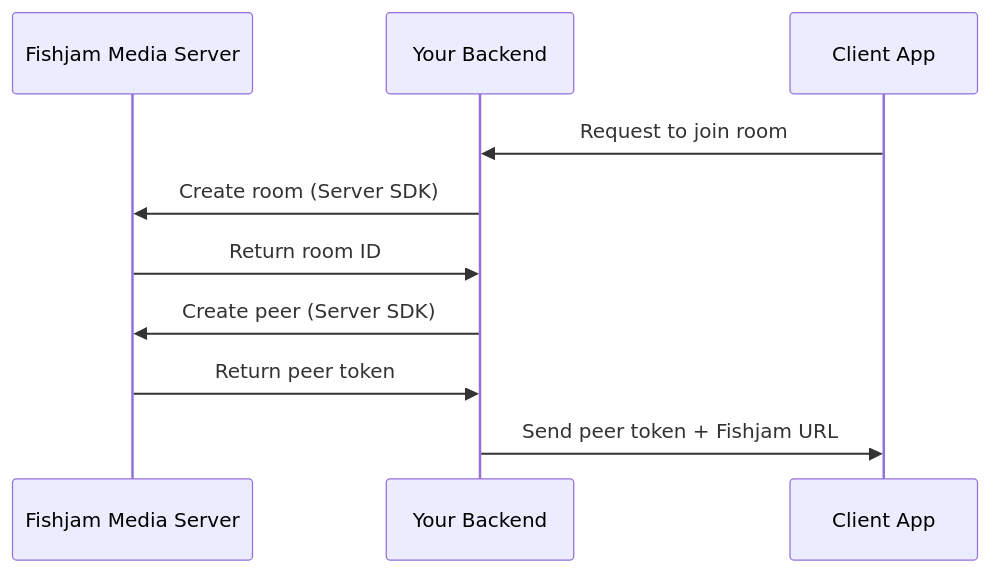
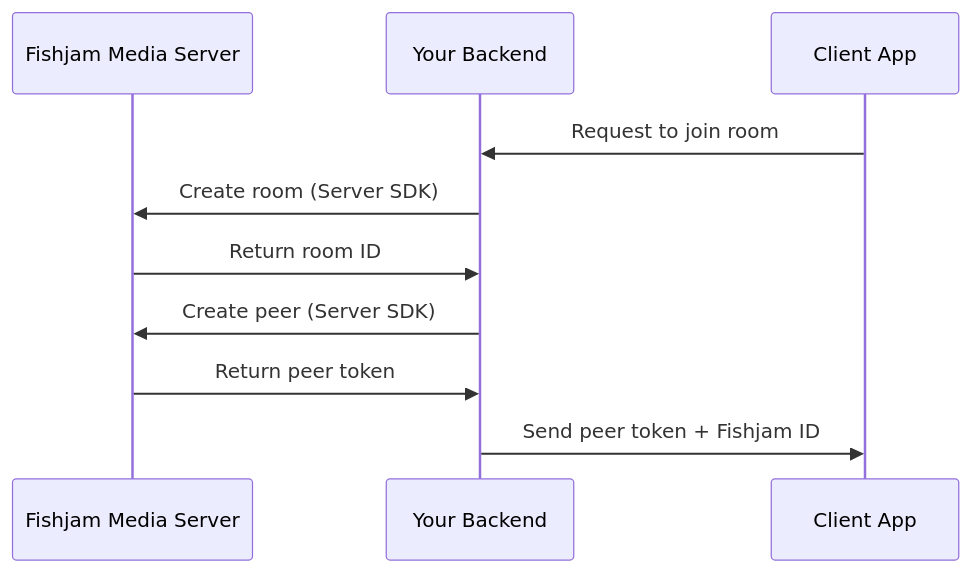
The first of 2 diagrams in docs/explanation/architecture.mdx (fishjam-cloud/documentation), drawn with Mermaid before and after one commit. The commit also changed 10 other files, not shown here.

````diff
--- a/docs/explanation/architecture.mdx
+++ b/docs/explanation/architecture.mdx
@@ -52,13 +52,13 @@
 ```mermaid
 sequenceDiagram
     participant FM as Fishjam Media Server
     participant BE as Your Backend
     participant Client as Client App
 
     Client->>BE: Request to join room
     BE->>FM: Create room (Server SDK)
     FM->>BE: Return room ID
     BE->>FM: Create peer (Server SDK)
     FM->>BE: Return peer token
-    BE->>Client: Send peer token + Fishjam URL
+    BE->>Client: Send peer token + Fishjam ID
 ```
````
